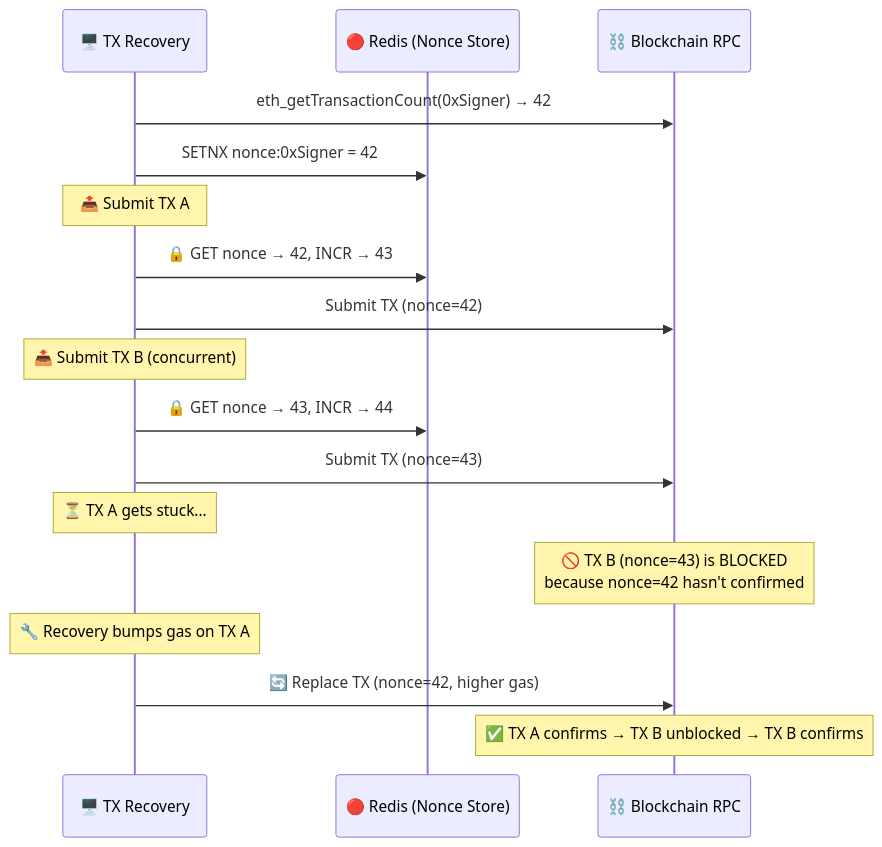
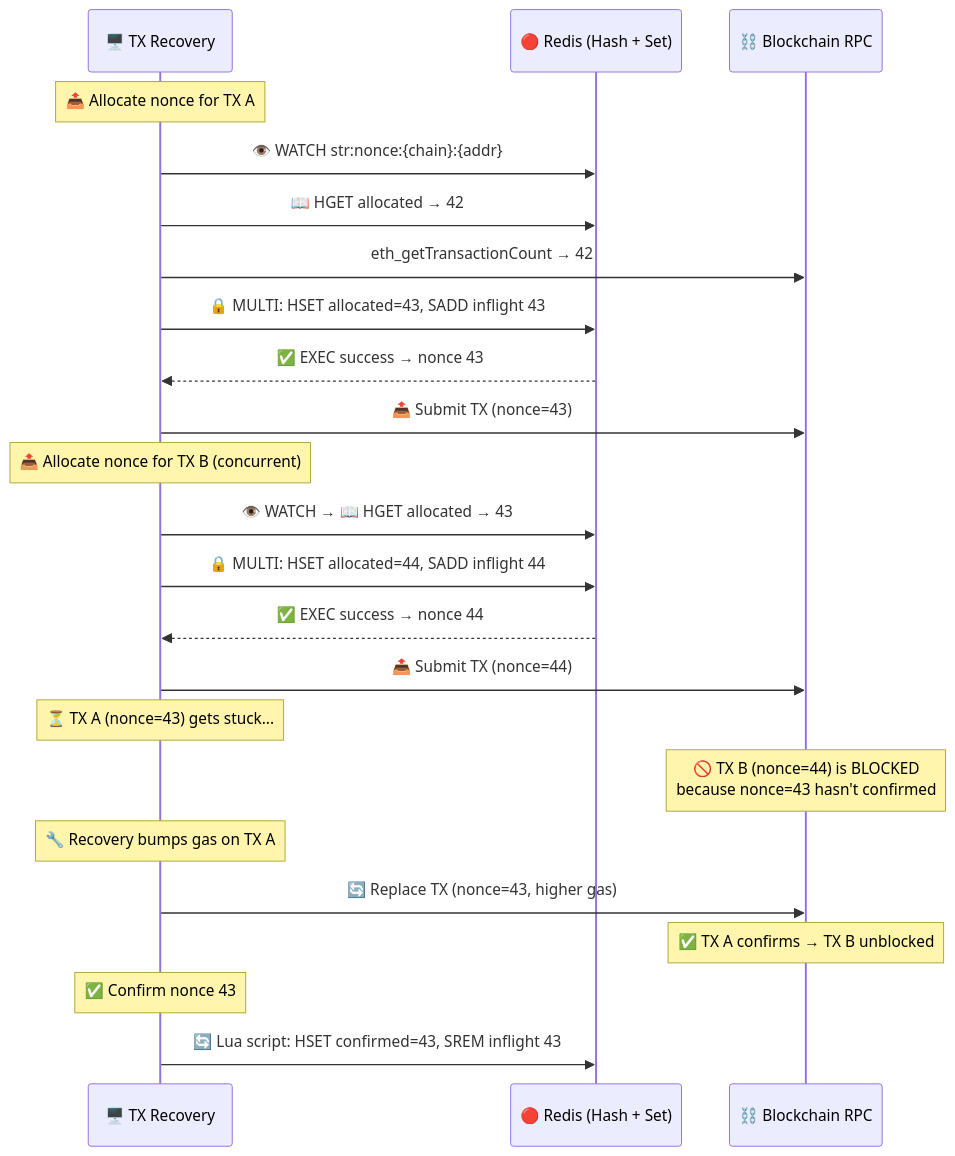
One commit to Puneethkumarck/stablebridge-tx-recovery changed the fifth of 9 diagrams in README.md. Above: the diagram before and after it, drawn with Mermaid. The commit also changed other lines of this file, not shown here.

First line of the commit message:
STR-103: fix CodeRabbit review comments on README

````diff
--- a/README.md
+++ b/README.md
@@ -422,24 +443,30 @@
 ```mermaid
 sequenceDiagram
     participant App as 🖥️ TX Recovery
-    participant Redis as 🔴 Redis (Nonce Store)
+    participant Redis as 🔴 Redis (Hash + Set)
     participant Chain as ⛓️ Blockchain RPC
 
-    App->>Chain: eth_getTransactionCount(0xSigner) → 42
-    App->>Redis: SETNX nonce:0xSigner = 42
+    Note over App: 📤 Allocate nonce for TX A
+    App->>Redis: 👁️ WATCH str:nonce:{chain}:{addr}
+    App->>Redis: 📖 HGET allocated → 42
+    App->>Chain: eth_getTransactionCount → 42
+    App->>Redis: 🔒 MULTI: HSET allocated=43, SADD inflight 43
+    Redis-->>App: ✅ EXEC success → nonce 43
+    App->>Chain: 📤 Submit TX (nonce=43)
 
-    Note over App: 📤 Submit TX A
-    App->>Redis: 🔒 GET nonce → 42, INCR → 43
-    App->>Chain: Submit TX (nonce=42)
+    Note over App: 📤 Allocate nonce for TX B (concurrent)
+    App->>Redis: 👁️ WATCH → 📖 HGET allocated → 43
+    App->>Redis: 🔒 MULTI: HSET allocated=44, SADD inflight 44
+    Redis-->>App: ✅ EXEC success → nonce 44
+    App->>Chain: 📤 Submit TX (nonce=44)
 
-    Note over App: 📤 Submit TX B (concurrent)
-    App->>Redis: 🔒 GET nonce → 43, INCR → 44
-    App->>Chain: Submit TX (nonce=43)
-
-    Note over App: ⏳ TX A gets stuck...
-    Note over Chain: 🚫 TX B (nonce=43) is BLOCKED<br/>because nonce=42 hasn't confirmed
+    Note over App: ⏳ TX A (nonce=43) gets stuck...
+    Note over Chain: 🚫 TX B (nonce=44) is BLOCKED<br/>because nonce=43 hasn't confirmed
 
     Note over App: 🔧 Recovery bumps gas on TX A
-    App->>Chain: 🔄 Replace TX (nonce=42, higher gas)
-    Note over Chain: ✅ TX A confirms → TX B unblocked → TX B confirms
+    App->>Chain: 🔄 Replace TX (nonce=43, higher gas)
+    Note over Chain: ✅ TX A confirms → TX B unblocked
+
+    Note over App: ✅ Confirm nonce 43
+    App->>Redis: 🔄 Lua script: HSET confirmed=43, SREM inflight 43
 ```
````
